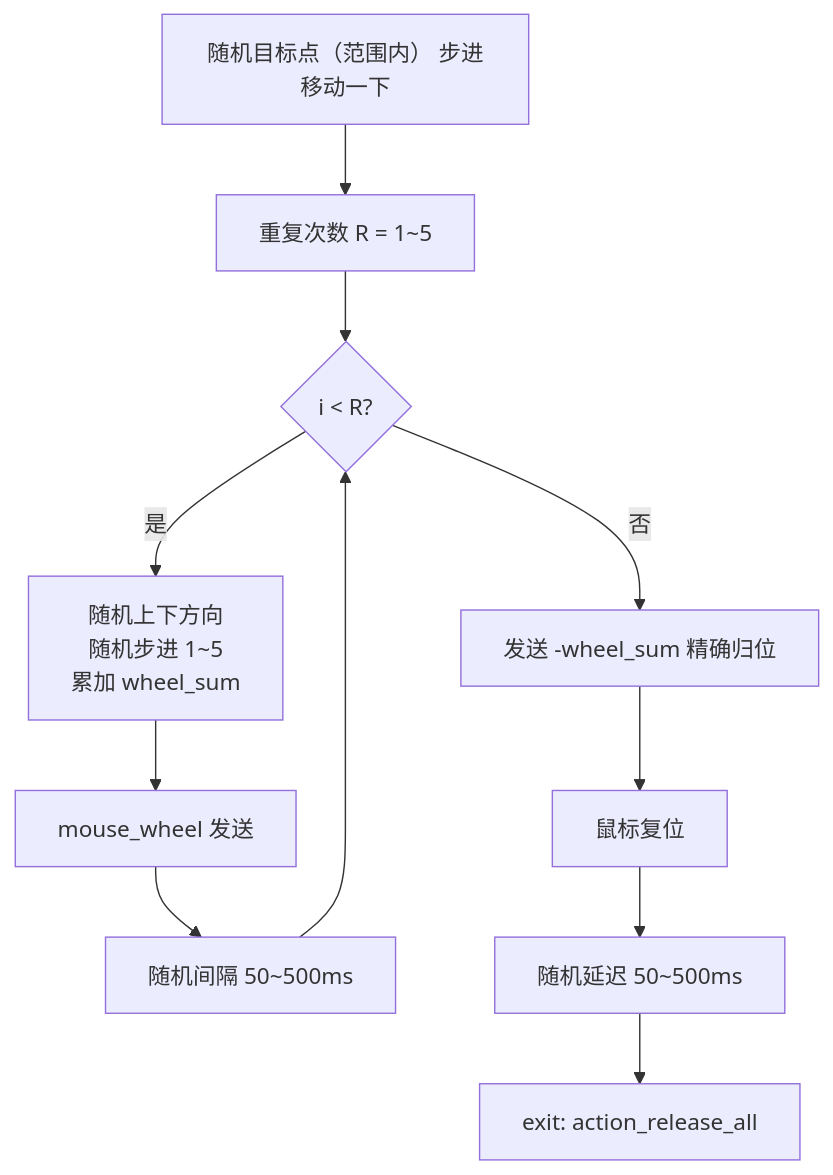
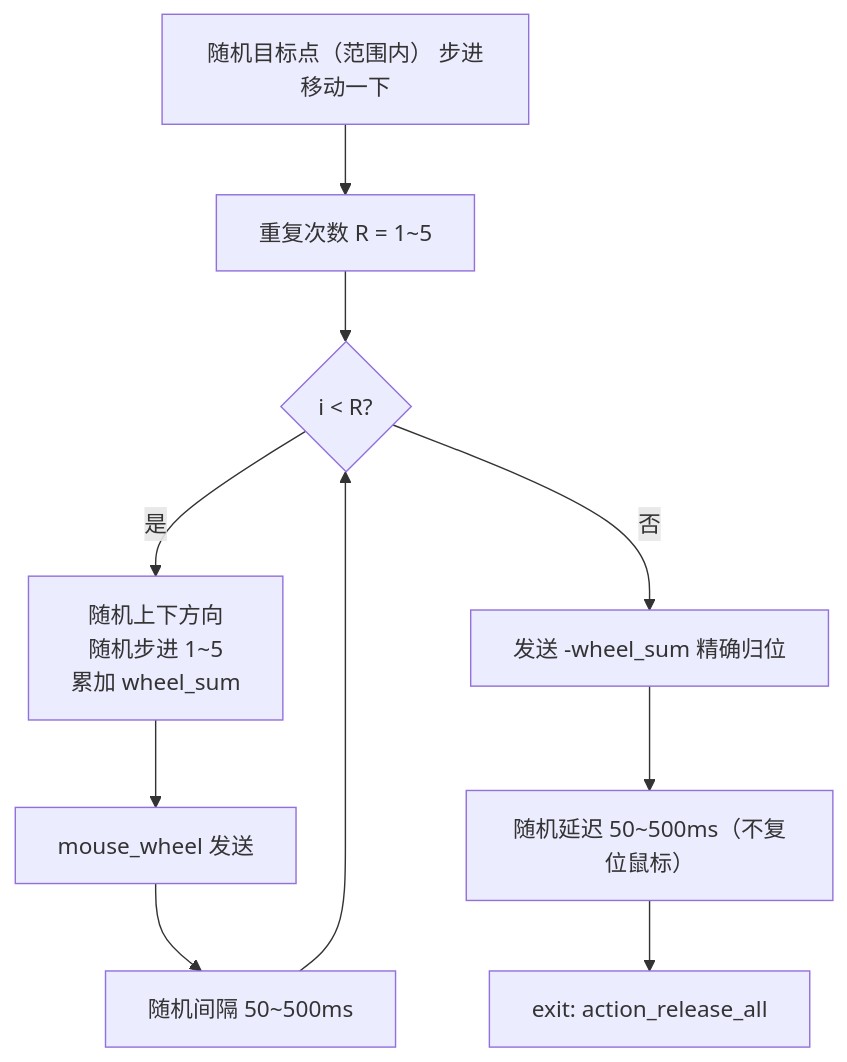
Before and after one commit to cr3hf/ESP32_WEB_BLE_Keyboard-mouse: the fourth of 6 diagrams in 程序逻辑说明.md, drawn with Mermaid. The commit also changed other lines of this file and 12 other files, not shown here.

````diff
--- a/程序逻辑说明.md
+++ b/程序逻辑说明.md
@@ -209,13 +208,12 @@
 ```mermaid
 flowchart TD
     A[随机目标点（范围内） 步进移动一下] --> B[重复次数 R = 1~5]
     B --> C{i < R?}
     C -- 是 --> D[随机上下方向<br/>随机步进 1~5<br/>累加 wheel_sum]
     D --> E[mouse_wheel 发送]
     E --> F[随机间隔 50~500ms]
     F --> C
     C -- 否 --> G[发送 -wheel_sum 精确归位]
-    G --> H[鼠标复位]
-    H --> I[随机延迟 50~500ms]
+    G --> I[随机延迟 50~500ms（不复位鼠标）]
     I --> J[exit: action_release_all]
 ```
````
